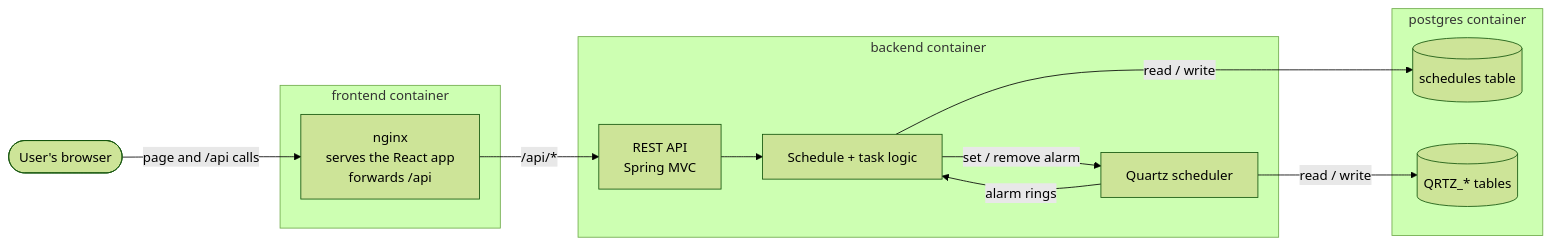
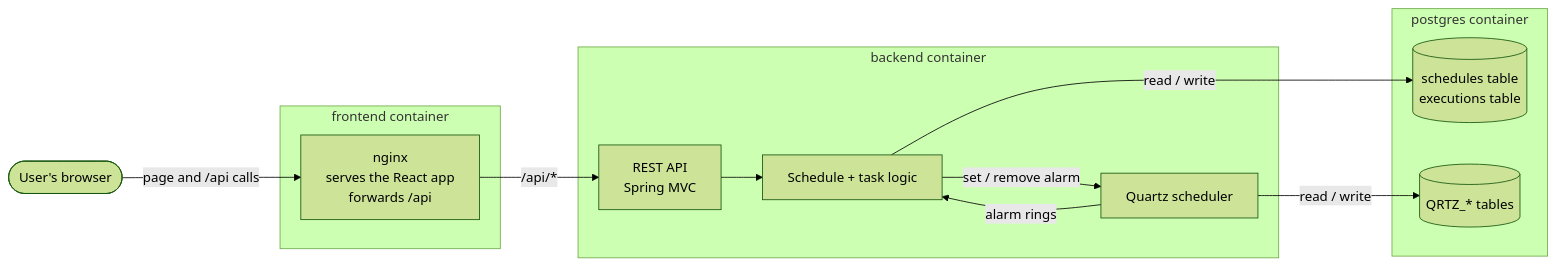
The first of 12 diagrams in DESIGN.md (yuvalzel1/scheduling-system), drawn with Mermaid (forest theme) before and after one commit. The commit also changed other lines of this file and 39 other files, not shown here.

First line of the commit message:
Add run history; tighten architecture and database rules; fix review findings

````diff
--- a/DESIGN.md
+++ b/DESIGN.md
@@ -26,27 +27,27 @@
 ```mermaid
 flowchart LR
     user(["User's browser"])
 
     subgraph frontend["frontend container"]
         nginx["nginx<br/>serves the React app<br/>forwards /api"]
     end
 
     subgraph backend["backend container"]
         api["REST API<br/>Spring MVC"]
         core["Schedule + task logic"]
         quartz["Quartz scheduler"]
     end
 
     subgraph db["postgres container"]
-        ours[("schedules table")]
+        ours[("schedules table<br/>executions table")]
         qrtz[("QRTZ_* tables")]
     end
 
     user -- "page and /api calls" --> nginx
     nginx -- "/api/*" --> api
     api --> core
     core -- "set / remove alarm" --> quartz
     quartz -- "alarm rings" --> core
     core -- "read / write" --> ours
     quartz -- "read / write" --> qrtz
 ```
````
